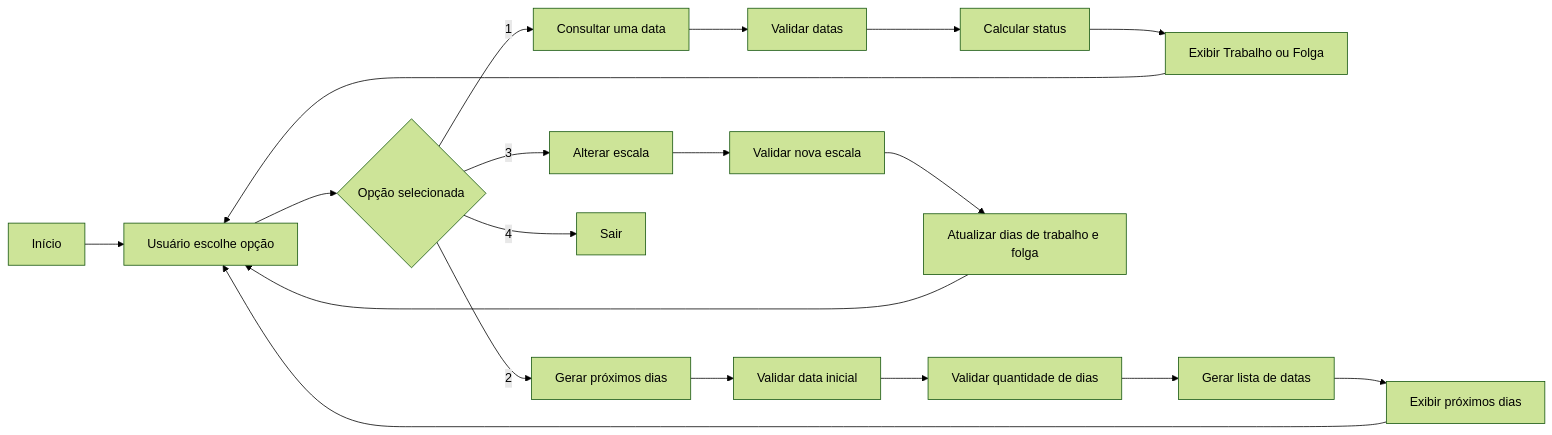
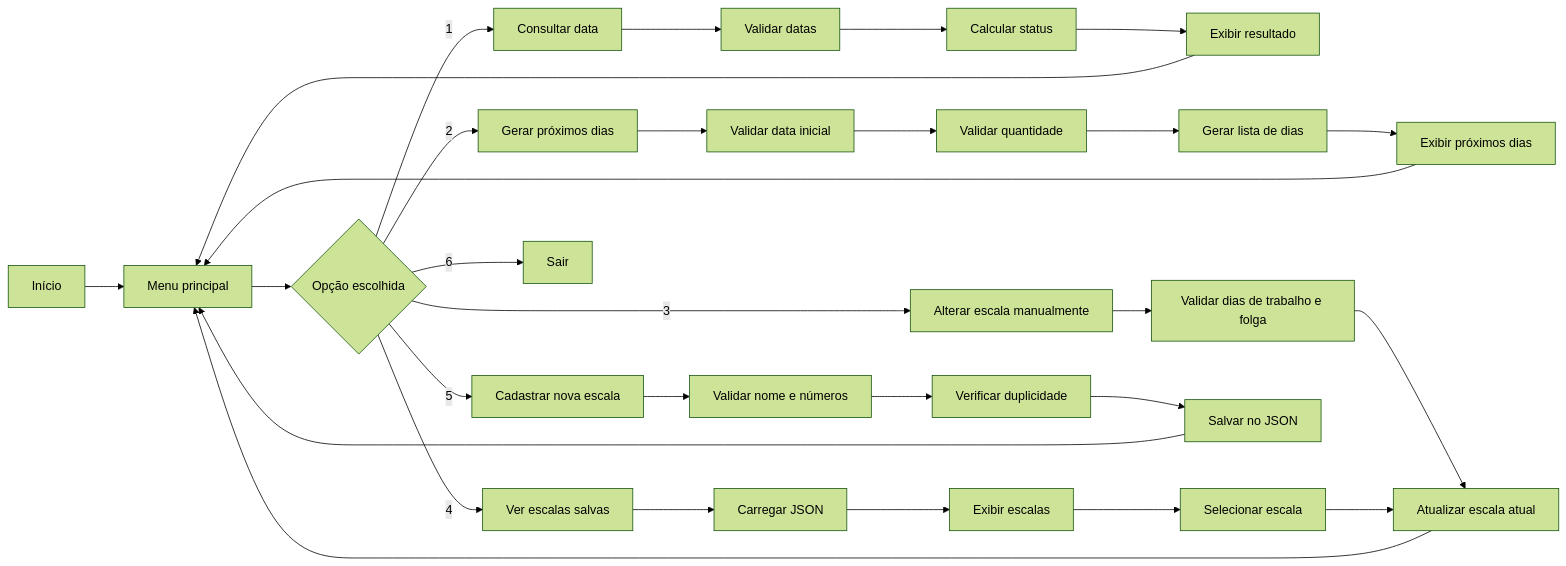
One commit to Dinox75/simulador-escala-trabalho changed the second of 4 diagrams in README.md. Above: the diagram before and after it, drawn with Mermaid (forest theme). The commit also changed other lines of this file, not shown here.

````diff
--- a/README.md
+++ b/README.md
@@ -345,26 +390,38 @@
 ```mermaid
 flowchart LR
-    A[Início] --> B[Usuário escolhe opção]
-    B --> C{Opção selecionada}
+    A[Início] --> B[Menu principal]
+    B --> C{Opção escolhida}
 
-    C -->|1| D[Consultar uma data]
+    C -->|1| D[Consultar data]
     C -->|2| E[Gerar próximos dias]
-    C -->|3| F[Alterar escala]
-    C -->|4| G[Sair]
+    C -->|3| F[Alterar escala manualmente]
+    C -->|4| G[Ver escalas salvas]
+    C -->|5| H[Cadastrar nova escala]
+    C -->|6| I[Sair]
 
-    D --> H[Validar datas]
-    H --> I[Calcular status]
-    I --> J[Exibir Trabalho ou Folga]
+    D --> J[Validar datas]
+    J --> K[Calcular status]
+    K --> L[Exibir resultado]
 
-    E --> K[Validar data inicial]
-    K --> L[Validar quantidade de dias]
-    L --> M[Gerar lista de datas]
-    M --> N[Exibir próximos dias]
+    E --> M[Validar data inicial]
+    M --> N[Validar quantidade]
+    N --> O[Gerar lista de dias]
+    O --> P[Exibir próximos dias]
 
-    F --> O[Validar nova escala]
-    O --> P[Atualizar dias de trabalho e folga]
+    F --> Q[Validar dias de trabalho e folga]
+    Q --> R[Atualizar escala atual]
 
-    J --> B
-    N --> B
+    G --> S[Carregar JSON]
+    S --> T[Exibir escalas]
+    T --> U[Selecionar escala]
+    U --> R
+
+    H --> V[Validar nome e números]
+    V --> W[Verificar duplicidade]
+    W --> X[Salvar no JSON]
+
+    L --> B
     P --> B
+    R --> B
+    X --> B
 ```
````
